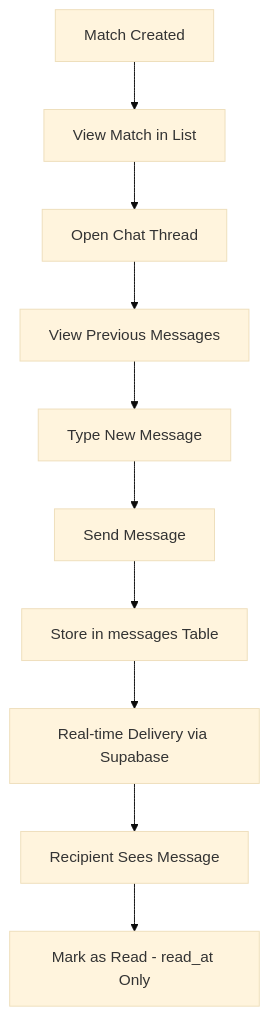
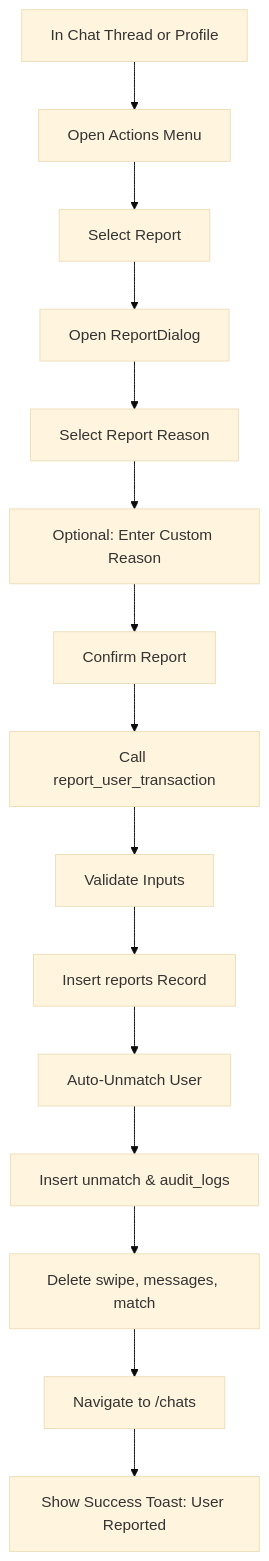
Before and after one commit to ketochiesesoyyo/konfetti-capacitor-integration: the tenth of 12 diagrams in PRODUCT_REQUIREMENTS_DOCUMENT.md, drawn with Mermaid (base theme). The commit also changed other lines of this file, not shown here.

````diff
--- a/PRODUCT_REQUIREMENTS_DOCUMENT.md
+++ b/PRODUCT_REQUIREMENTS_DOCUMENT.md
@@ -1308,12 +3466,17 @@
 ```mermaid
 graph TD
-    A[Match Created] --> B[View Match in List]
-    B --> C[Open Chat Thread]
-    C --> D[View Previous Messages]
-    D --> E[Type New Message]
-    E --> F[Send Message]
-    F --> G[Store in messages Table]
-    G --> H[Real-time Delivery via Supabase]
-    H --> I[Recipient Sees Message]
-    I --> J[Mark as Read - read_at Only]
+    A[In Chat Thread or Profile] --> B[Open Actions Menu]
+    B --> C[Select Report]
+    C --> D[Open ReportDialog]
+    D --> E[Select Report Reason]
+    E --> F[Optional: Enter Custom Reason]
+    F --> G[Confirm Report]
+    G --> H[Call report_user_transaction]
+    H --> I[Validate Inputs]
+    I --> J[Insert reports Record]
+    J --> K[Auto-Unmatch User]
+    K --> L[Insert unmatch & audit_logs]
+    L --> M[Delete swipe, messages, match]
+    M --> N[Navigate to /chats]
+    N --> O[Show Success Toast: User Reported]
 ```
````
